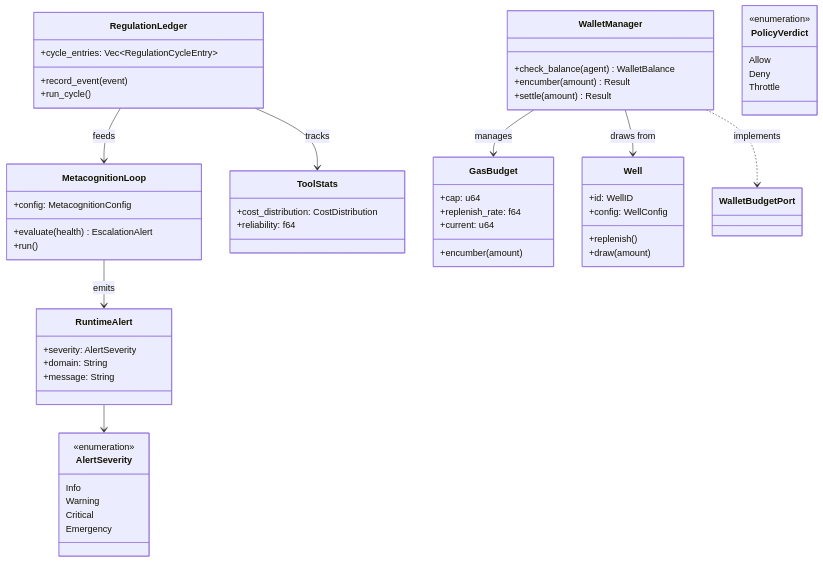
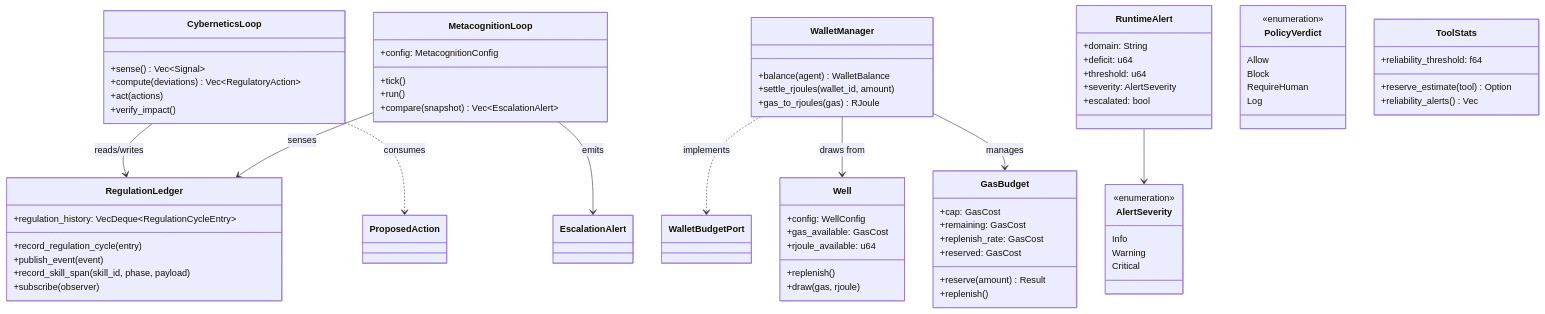
Before and after one commit to mdz-axo/zed-kask: the diagram in kask/docs/diataxis/hkask-regulation/reference.md, drawn with Mermaid. The commit also changed other lines of this file and 33 other files, not shown here.

````diff
--- a/kask/docs/diataxis/hkask-regulation/reference.md
+++ b/kask/docs/diataxis/hkask-regulation/reference.md
@@ -61,60 +68,76 @@
 ```mermaid
 classDiagram
     class RegulationLedger {
-        +cycle_entries: Vec~RegulationCycleEntry~
-        +record_event(event)
-        +run_cycle()
+        +regulation_history: VecDeque~RegulationCycleEntry~
+        +record_regulation_cycle(entry)
+        +publish_event(event)
+        +record_skill_span(skill_id, phase, payload)
+        +subscribe(observer)
+    }
+    class CyberneticsLoop {
+        +sense() Vec~Signal~
+        +compute(deviations) Vec~RegulatoryAction~
+        +act(actions)
+        +verify_impact()
     }
     class MetacognitionLoop {
         +config: MetacognitionConfig
-        +evaluate(health) EscalationAlert
+        +tick()
         +run()
+        +compare(snapshot) Vec~EscalationAlert~
     }
     class WalletManager {
-        +check_balance(agent) WalletBalance
-        +encumber(amount) Result
-        +settle(amount) Result
+        +balance(agent) WalletBalance
+        +settle_rjoules(wallet_id, amount)
+        +gas_to_rjoules(gas) RJoule
     }
     class Well {
-        +id: WellID
         +config: WellConfig
+        +gas_available: GasCost
+        +rjoule_available: u64
         +replenish()
-        +draw(amount)
+        +draw(gas, rjoule)
     }
     class GasBudget {
-        +cap: u64
-        +replenish_rate: f64
-        +current: u64
-        +encumber(amount)
+        +cap: GasCost
+        +remaining: GasCost
+        +replenish_rate: GasCost
+        +reserved: GasCost
+        +reserve(amount) Result
+        +replenish()
     }
     class RuntimeAlert {
+        +domain: String
+        +deficit: u64
+        +threshold: u64
         +severity: AlertSeverity
-        +domain: String
-        +message: String
+        +escalated: bool
     }
     class AlertSeverity {
         <<enumeration>>
         Info
         Warning
         Critical
-        Emergency
     }
     class PolicyVerdict {
         <<enumeration>>
         Allow
-        Deny
-        Throttle
+        Block
+        RequireHuman
+        Log
     }
     class ToolStats {
-        +cost_distribution: CostDistribution
-        +reliability: f64
+        +reliability_threshold: f64
+        +reserve_estimate(tool) Option
+        +reliability_alerts() Vec
     }
 
-    RegulationLedger --> MetacognitionLoop : feeds
-    RegulationLedger --> ToolStats : tracks
-    MetacognitionLoop --> RuntimeAlert : emits
+    CyberneticsLoop --> RegulationLedger : reads/writes
+    MetacognitionLoop --> RegulationLedger : senses
+    CyberneticsLoop ..> ProposedAction : consumes
+    MetacognitionLoop --> EscalationAlert : emits
     RuntimeAlert --> AlertSeverity
+    WalletManager ..> WalletBudgetPort : implements
+    WalletManager --> Well : draws from
     WalletManager --> GasBudget : manages
-    WalletManager --> Well : draws from
-    WalletManager ..> WalletBudgetPort : implements
 ```
````
